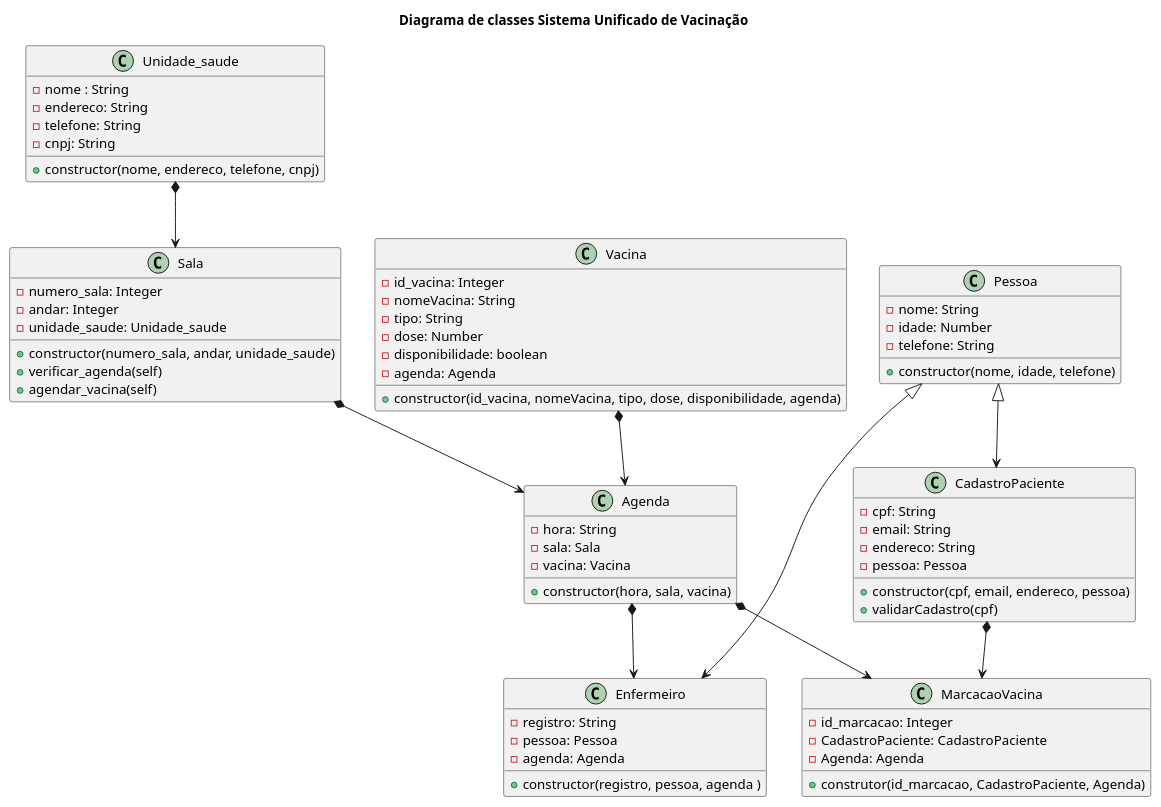
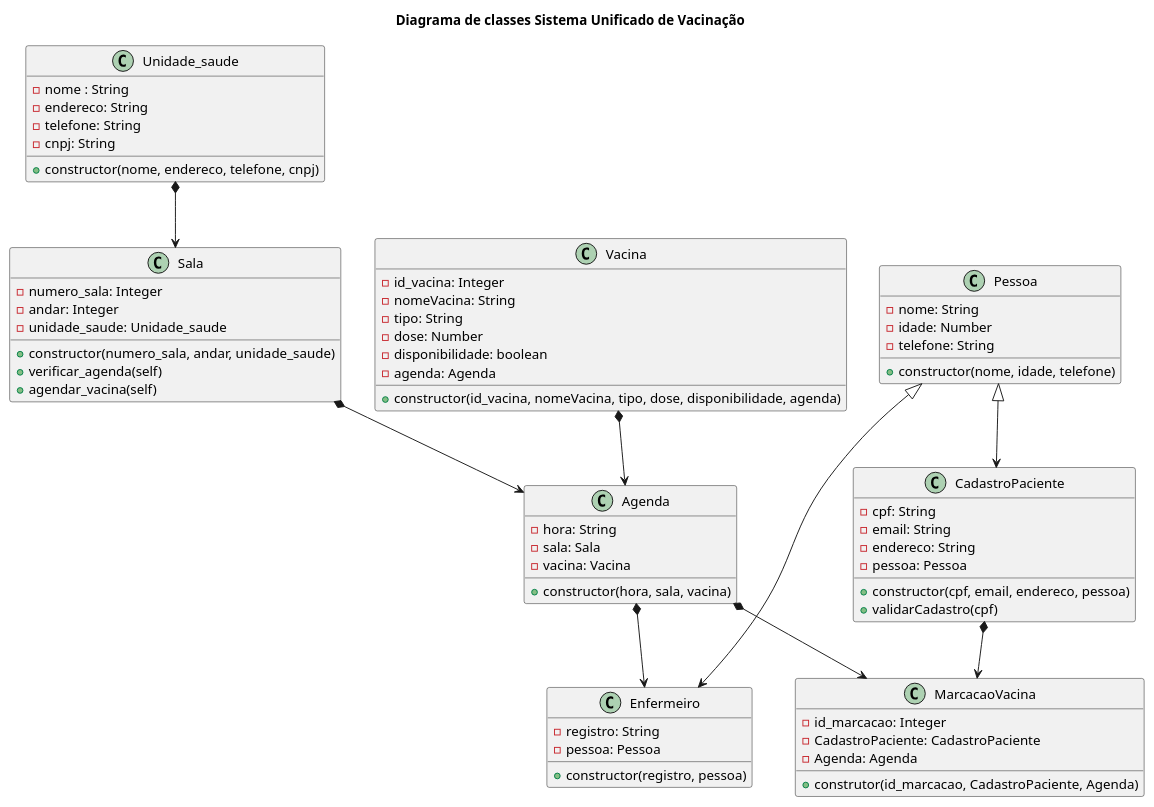
Before and after one commit to anleaes/2022-1-N2-POO-01: the diagram in diagrama_classe.plantuml, drawn with PlantUML.

Commit message:
atualizacao da classe enfermeiro no diagrama de classe

```diff
--- a/diagrama_classe.plantuml
+++ b/diagrama_classe.plantuml
@@ -1,79 +1,78 @@
 @startuml
 
 title Diagrama de classes Sistema Unificado de Vacinação
 
 class Unidade_saude{
     - nome : String
     - endereco: String
     - telefone: String
     - cnpj: String
     + constructor(nome, endereco, telefone, cnpj)
 }
 
 class Sala{
     - numero_sala: Integer
     - andar: Integer
     - unidade_saude: Unidade_saude 
     + constructor(numero_sala, andar, unidade_saude)
     + verificar_agenda(self)
     + agendar_vacina(self)
 }
 
 class Agenda{
     - hora: String
     - sala: Sala
     - vacina: Vacina
     + constructor(hora, sala, vacina)
 }
 
 
 Class Vacina{
     - id_vacina: Integer
     - nomeVacina: String
     - tipo: String
     - dose: Number
     - disponibilidade: boolean
     - agenda: Agenda
     + constructor(id_vacina, nomeVacina, tipo, dose, disponibilidade, agenda)
 }
 
 class Pessoa{
     - nome: String
     - idade: Number
     - telefone: String
     + constructor(nome, idade, telefone)
 }
 
 class CadastroPaciente {
     - cpf: String
     - email: String
     - endereco: String
     - pessoa: Pessoa
     + constructor(cpf, email, endereco, pessoa)
     + validarCadastro(cpf)
 }
 
 class Enfermeiro {
     - registro: String
     - pessoa: Pessoa
-    - agenda: Agenda
-    + constructor(registro, pessoa, agenda )
+    + constructor(registro, pessoa)
 }
 
 class MarcacaoVacina{
     - id_marcacao: Integer
     - CadastroPaciente: CadastroPaciente
     - Agenda: Agenda
     + construtor(id_marcacao, CadastroPaciente, Agenda)
 }
 
 Pessoa <|--> CadastroPaciente
 Pessoa <|--> Enfermeiro
 Unidade_saude *--> Sala
 Sala *--> Agenda
 Vacina *--> Agenda
 Agenda *--> Enfermeiro
 CadastroPaciente *--> MarcacaoVacina
 Agenda *--> MarcacaoVacina
 
 @enduml
```
